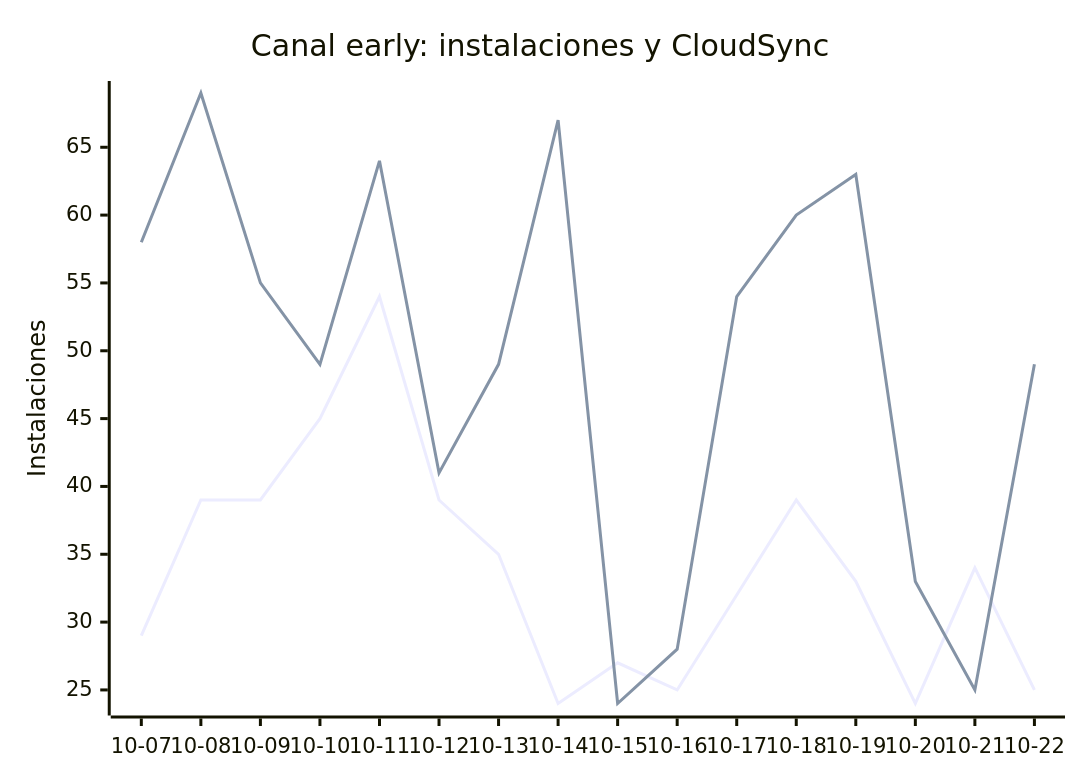
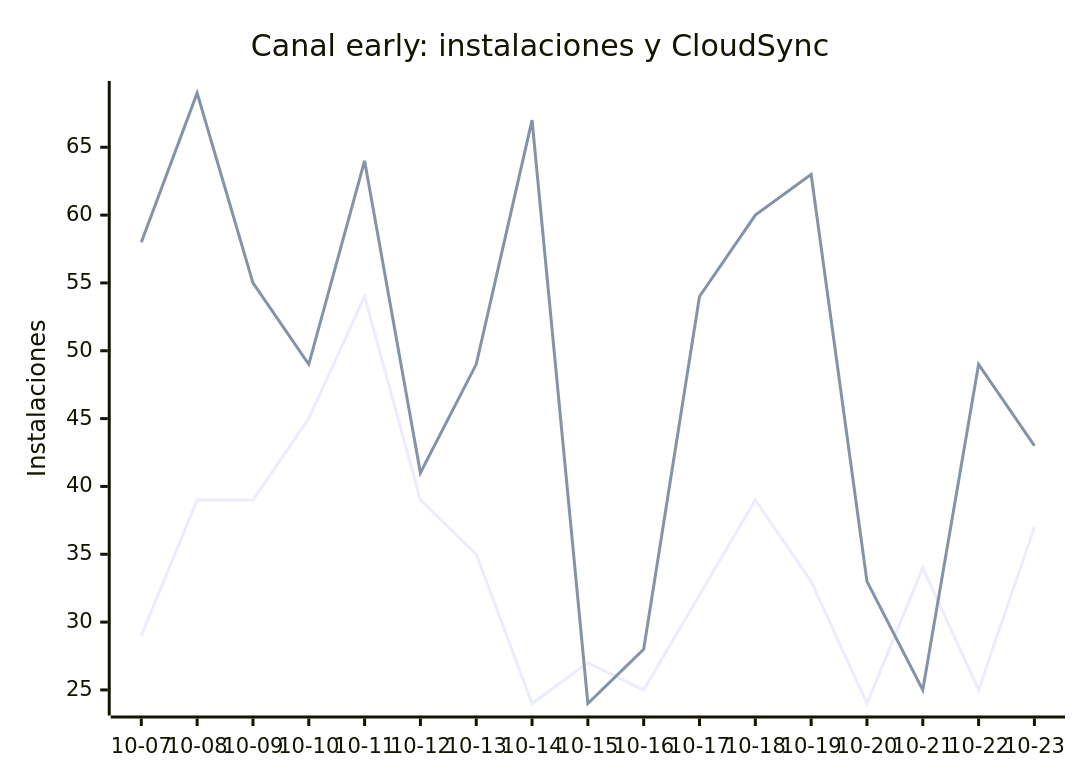
One commit to EmuDeck/stats changed the ninth of 9 diagrams in README.md. Above: the diagram before and after it, drawn with Mermaid. The commit also changed other lines of this file and 2 other files, not shown here.

````diff
--- a/README.md
+++ b/README.md
@@ -110,8 +110,8 @@
 ```mermaid
 xychart-beta
     title "Canal early: instalaciones y CloudSync"
-    x-axis ["10-07", "10-08", "10-09", "10-10", "10-11", "10-12", "10-13", "10-14", "10-15", "10-16", "10-17", "10-18", "10-19", "10-20", "10-21", "10-22"]
+    x-axis ["10-07", "10-08", "10-09", "10-10", "10-11", "10-12", "10-13", "10-14", "10-15", "10-16", "10-17", "10-18", "10-19", "10-20", "10-21", "10-22", "10-23"]
     y-axis "Instalaciones"
-    line [29, 39, 39, 45, 54, 39, 35, 24, 27, 25, 32, 39, 33, 24, 34, 25]
-    line [58, 69, 55, 49, 64, 41, 49, 67, 24, 28, 54, 60, 63, 33, 25, 49]
+    line [29, 39, 39, 45, 54, 39, 35, 24, 27, 25, 32, 39, 33, 24, 34, 25, 37]
+    line [58, 69, 55, 49, 64, 41, 49, 67, 24, 28, 54, 60, 63, 33, 25, 49, 43]
 ```
````
